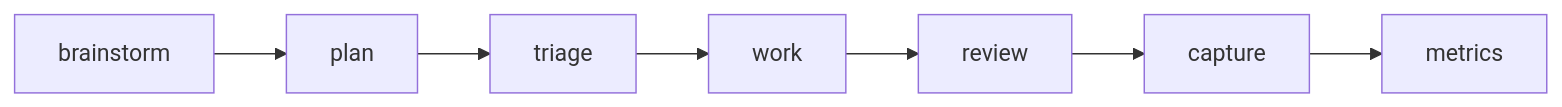
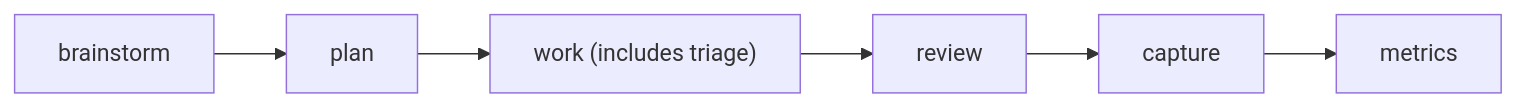
Before and after one commit to cjerochim/compound-workflow: the diagram in README.md, drawn with Mermaid. The commit also changed other lines of this file and 3 other files, not shown here.

Commit message:
fix(Readme/triage): Updated readme and ensure triage is part of the work workflow by default

````diff
--- a/README.md
+++ b/README.md
@@ -19,4 +19,4 @@
 ```mermaid
 flowchart LR
-  A["brainstorm"] --> B["plan"] --> C["triage"] --> D["work"] --> E["review"] --> F["capture"] --> G["metrics"]
+  A["brainstorm"] --> B["plan"] --> C["work (includes triage)"] --> D["review"] --> E["capture"] --> F["metrics"]
 ```
````
